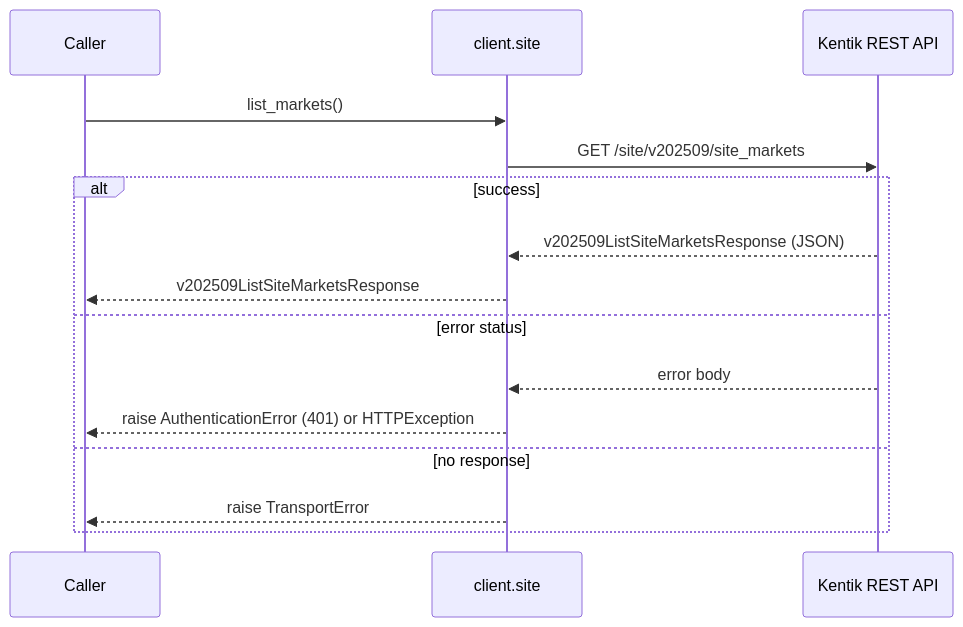
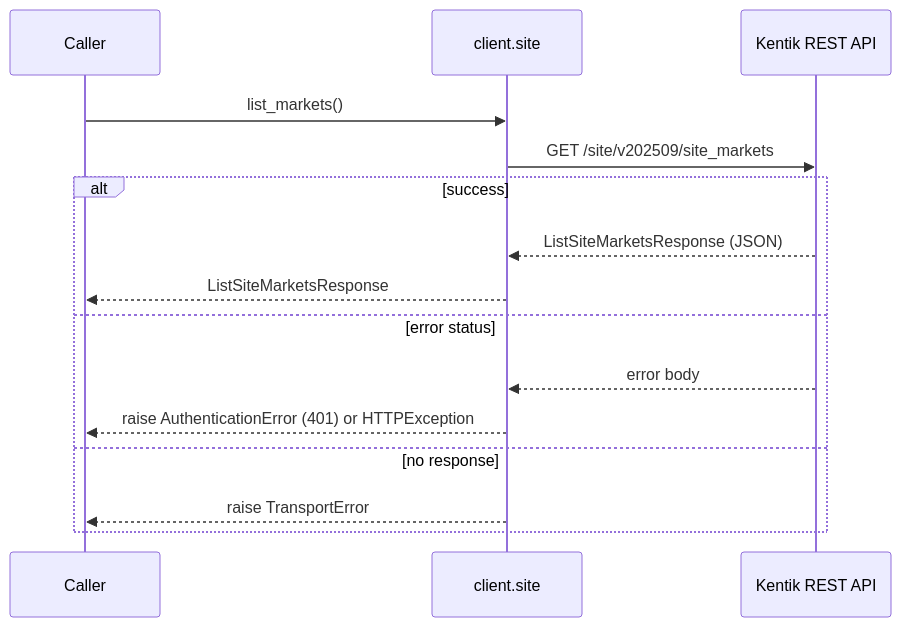
One commit to alexdearaujo/community_sdk_python changed the second of 22 diagrams in docs/sphinx/services/site.md. Above: the diagram before and after it, drawn with Mermaid. The commit also changed other lines of this file and 38 other files, not shown here.

````diff
--- a/docs/sphinx/services/site.md
+++ b/docs/sphinx/services/site.md
@@ -38,18 +38,18 @@
 ```mermaid
 sequenceDiagram
     participant C as Caller
     participant W as client.site
     participant API as Kentik REST API
 
     C->>W: list_markets()
     W->>API: GET /site/v202509/site_markets
     alt success
-        API-->>W: v202509ListSiteMarketsResponse (JSON)
-        W-->>C: v202509ListSiteMarketsResponse
+        API-->>W: ListSiteMarketsResponse (JSON)
+        W-->>C: ListSiteMarketsResponse
     else error status
         API-->>W: error body
         W-->>C: raise AuthenticationError (401) or HTTPException
     else no response
         W-->>C: raise TransportError
     end
 ```
````
